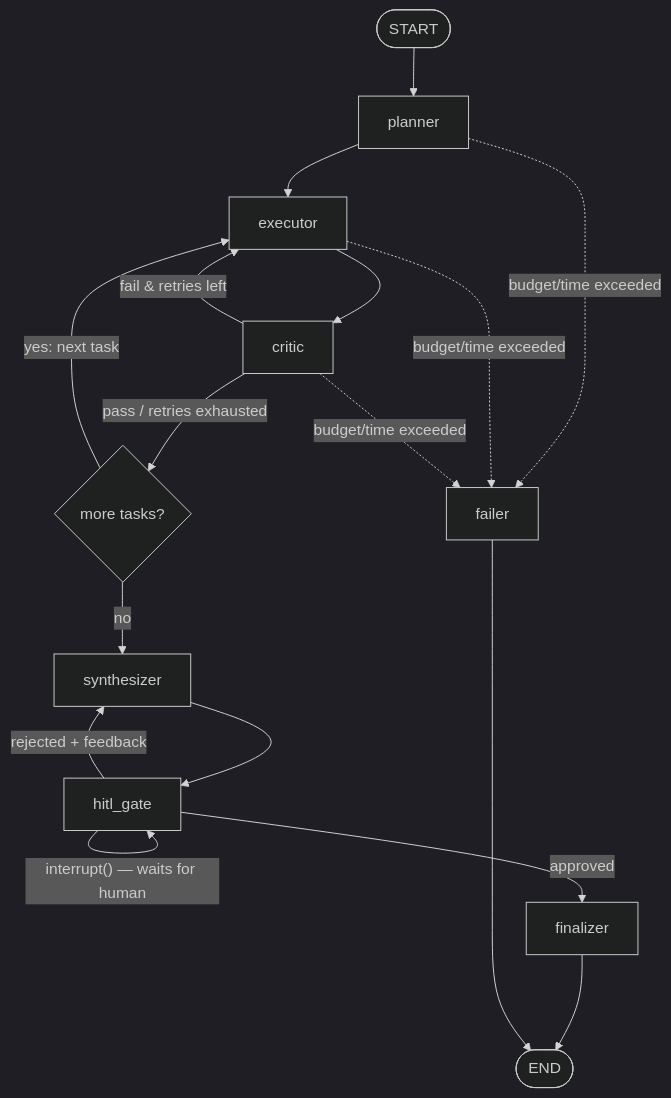
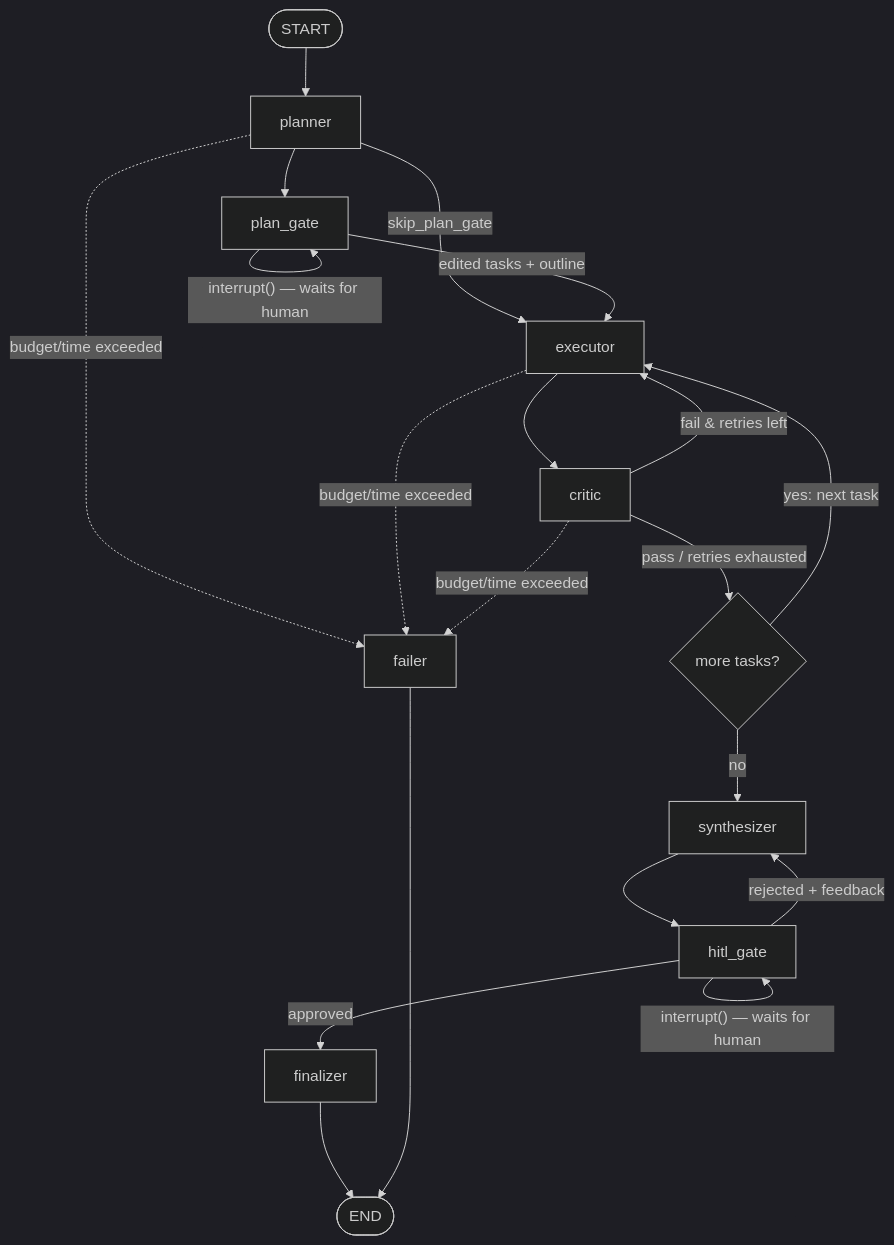
Before and after one commit to adityamhaske/Multi-Agent-Research-Assistant: the diagram in docs/architecture/04_Agent_Design.md, drawn with Mermaid (dark theme). The commit also changed other lines of this file and 14 other files, not shown here.

First line of the commit message:
feat(plan-gate): the design gate UI, and the docs it changes (Phase 4, req 6)

````diff
--- a/docs/architecture/04_Agent_Design.md
+++ b/docs/architecture/04_Agent_Design.md
@@ -9,20 +9,23 @@
 ```mermaid
 flowchart TD
     START([START]) --> planner
-    planner --> executor
+    planner -->|skip_plan_gate| executor
+    planner --> plan_gate
+    plan_gate -->|"interrupt() — waits for human"| plan_gate
+    plan_gate -->|"edited tasks + outline"| executor
     executor --> critic
     critic -->|fail & retries left| executor
     critic -->|pass / retries exhausted| route{more tasks?}
     route -->|yes: next task| executor
     route -->|no| synthesizer
     synthesizer --> hitl_gate
     hitl_gate -->|"interrupt() — waits for human"| hitl_gate
     hitl_gate -->|approved| finalizer
     hitl_gate -->|rejected + feedback| synthesizer
     finalizer --> END([END])
 
     planner -. budget/time exceeded .-> failer
     executor -. budget/time exceeded .-> failer
     critic -. budget/time exceeded .-> failer
     failer --> END
 ```
````
